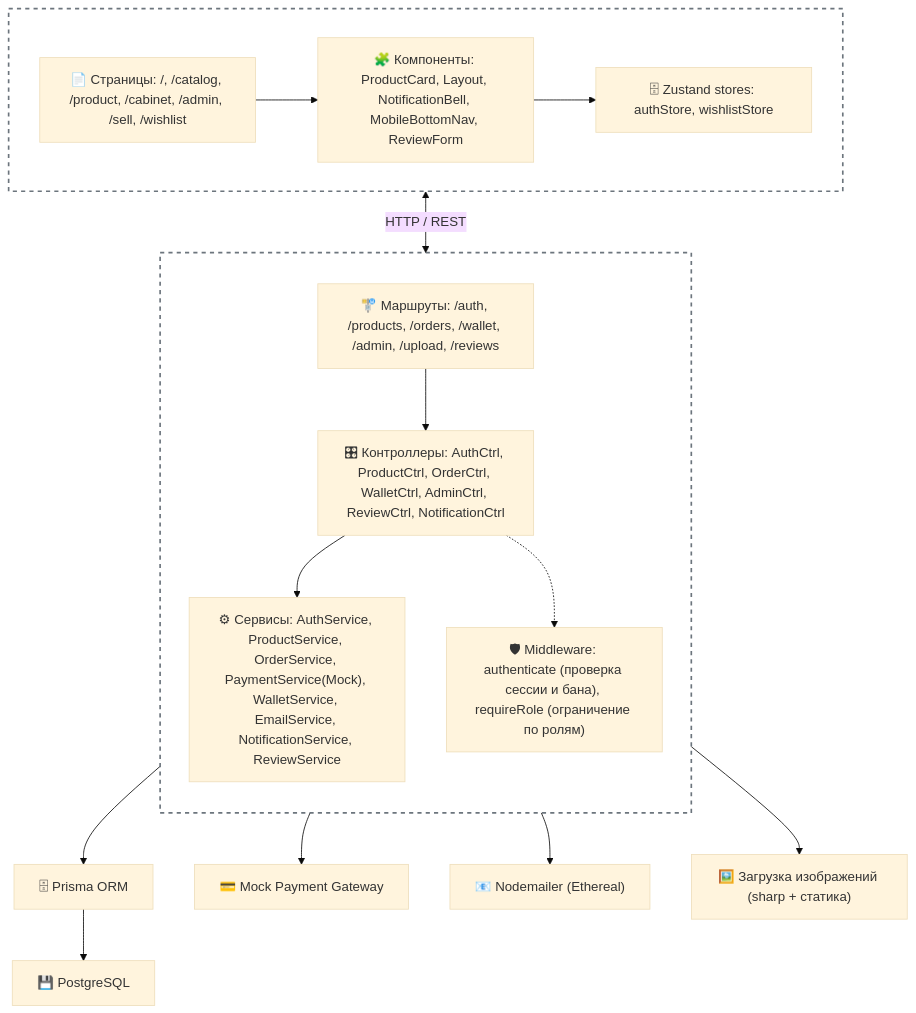
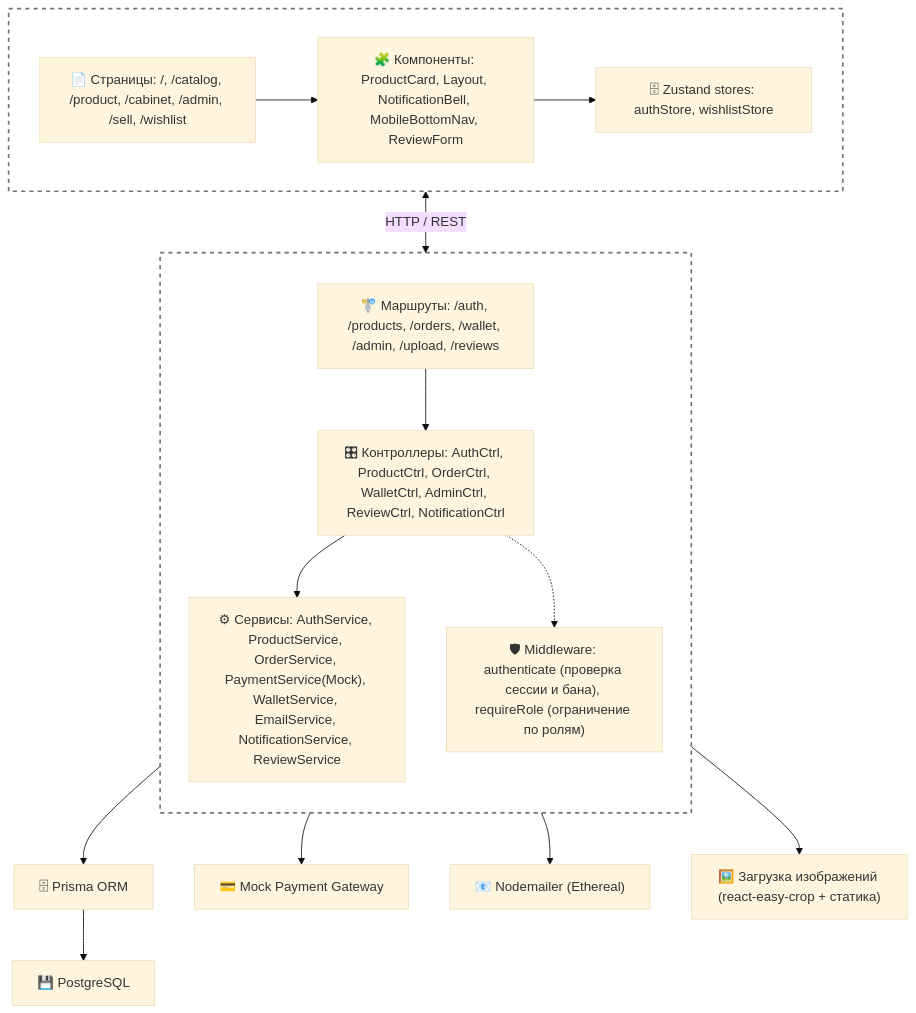
One commit to Zamchik/Final_Project changed the diagram in README.md. Above: the diagram before and after it, drawn with Mermaid (base theme). The commit also changed other lines of this file, not shown here.

````diff
--- a/README.md
+++ b/README.md
@@ -145,31 +146,31 @@
 ```mermaid
 graph TD
     subgraph Client[" "]
         direction LR
         Pages["📄 Страницы: /, /catalog, /product, /cabinet, /admin, /sell, /wishlist"]
         Components["🧩 Компоненты: ProductCard, Layout, NotificationBell, MobileBottomNav, ReviewForm"]
         Stores["🗄 Zustand stores: authStore, wishlistStore"]
         Pages --> Components --> Stores
     end
 
     Client <-->|"HTTP / REST"| Server
 
     subgraph Server[" "]
         direction TB
         Routes["🚏 Маршруты: /auth, /products, /orders, /wallet, /admin, /upload, /reviews"]
         Controllers["🎛 Контроллеры: AuthCtrl, ProductCtrl, OrderCtrl, WalletCtrl, AdminCtrl, ReviewCtrl, NotificationCtrl"]
         Services["⚙ Сервисы: AuthService, ProductService, OrderService, PaymentService(Mock), WalletService, EmailService, NotificationService, ReviewService"]
         Middleware["🛡 Middleware: authenticate (проверка сессии и бана), requireRole (ограничение по ролям)"]
         Routes --> Controllers --> Services
         Controllers -.-> Middleware
     end
 
     Services --> Prisma["🗄 Prisma ORM"]
     Prisma --> DB["💾 PostgreSQL"]
     Services --> External1["💳 Mock Payment Gateway"]
     Services --> External2["📧 Nodemailer (Ethereal)"]
-    Services --> External3["🖼️ Загрузка изображений (sharp + статика)"]
+    Services --> External3["🖼️ Загрузка изображений (react-easy-crop + статика)"]
 
     style Client fill:none,stroke:#6c757d,stroke-width:2px,stroke-dasharray:5 5
     style Server fill:none,stroke:#6c757d,stroke-width:2px,stroke-dasharray:5 5
 ```
````
